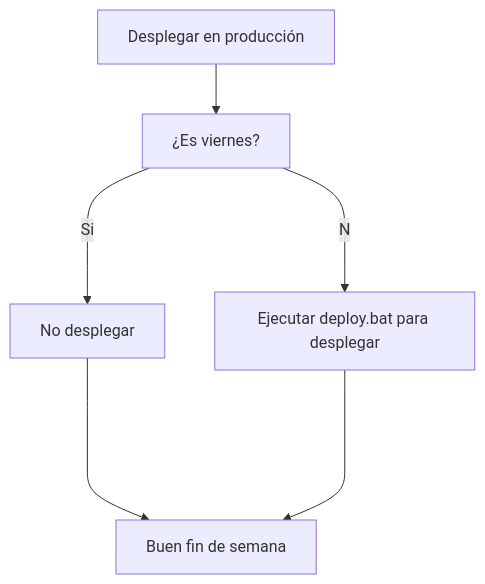
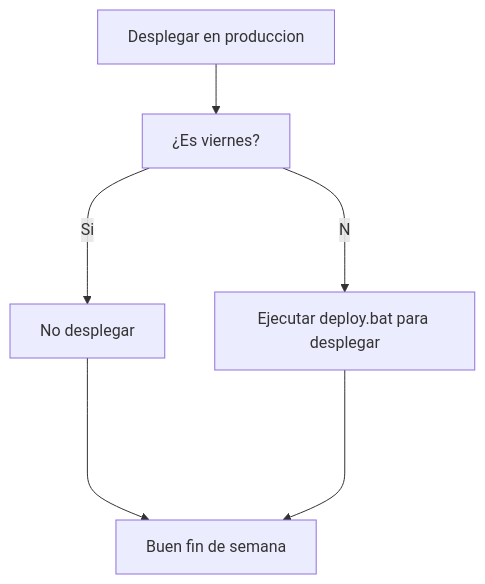
One commit to edgardma/Manuales changed the second of 2 diagrams in GitHub/README.md. Above: the diagram before and after it, drawn with Mermaid.

Commit message:
Correción de un caracter

````diff
--- a/GitHub/README.md
+++ b/GitHub/README.md
@@ -15,8 +15,8 @@
 ```mermaid
 flowchart TD;
-    A[Desplegar en producción]-->B[¿Es viernes?];
+    A[Desplegar en produccion]-->B[¿Es viernes?];
     B--Si-->C[No desplegar];
     B--No-->D[Ejecutar deploy.bat para desplegar];
     C---->E[Buen fin de semana];
     D---->E[Buen fin de semana];
 ```
````
